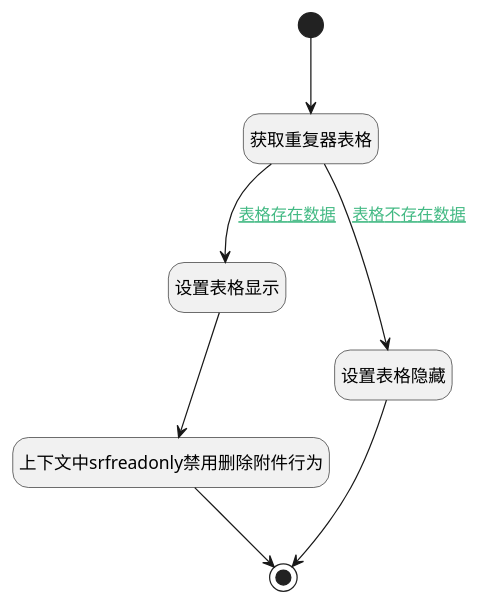
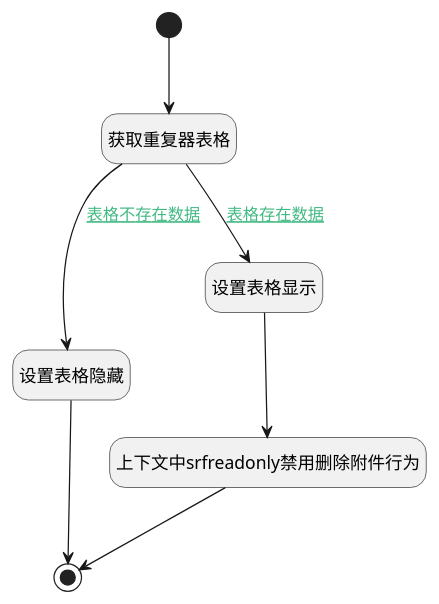
Before and after one commit to iBizLab/plm: the diagram in doc/docsify/module/Base/attachment/uilogic/calc_attachment_hidden.md, drawn with PlantUML. The commit also changed other lines of this file and 1276 other files, not shown here.

````diff
--- a/doc/docsify/module/Base/attachment/uilogic/calc_attachment_hidden.md
+++ b/doc/docsify/module/Base/attachment/uilogic/calc_attachment_hidden.md
@@ -7,28 +7,28 @@
 ```plantuml
 @startuml
 hide footbox
 <style>
 root {
   HyperlinkColor #42b983
 }
 </style>
 
 hide empty description
 state "开始" as Begin <<start>> [[$./calc_attachment_hidden#begin {开始}]]
 state "结束" as END1 <<end>> [[$./calc_attachment_hidden#end1 {结束}]]
+state "设置表格隐藏" as PREPAREJSPARAM3  [[$./calc_attachment_hidden#preparejsparam3 {设置表格隐藏}]]
+state "设置表格显示" as PREPAREJSPARAM2  [[$./calc_attachment_hidden#preparejsparam2 {设置表格显示}]]
 state "上下文中srfreadonly禁用删除附件行为" as RAWJSCODE1  [[$./calc_attachment_hidden#rawjscode1 {上下文中srfreadonly禁用删除附件行为}]]
-state "设置表格显示" as PREPAREJSPARAM2  [[$./calc_attachment_hidden#preparejsparam2 {设置表格显示}]]
 state "获取重复器表格" as PREPAREJSPARAM1  [[$./calc_attachment_hidden#preparejsparam1 {获取重复器表格}]]
-state "设置表格隐藏" as PREPAREJSPARAM3  [[$./calc_attachment_hidden#preparejsparam3 {设置表格隐藏}]]
 
 
 Begin --> PREPAREJSPARAM1
 PREPAREJSPARAM1 --> PREPAREJSPARAM2 : [[$./calc_attachment_hidden#preparejsparam1-preparejsparam2{表格存在数据} 表格存在数据]]
 PREPAREJSPARAM2 --> RAWJSCODE1
 RAWJSCODE1 --> END1
 PREPAREJSPARAM1 --> PREPAREJSPARAM3 : [[$./calc_attachment_hidden#preparejsparam1-preparejsparam3{表格不存在数据} 表格不存在数据]]
 PREPAREJSPARAM3 --> END1
 
 
 @enduml
 ```
````
